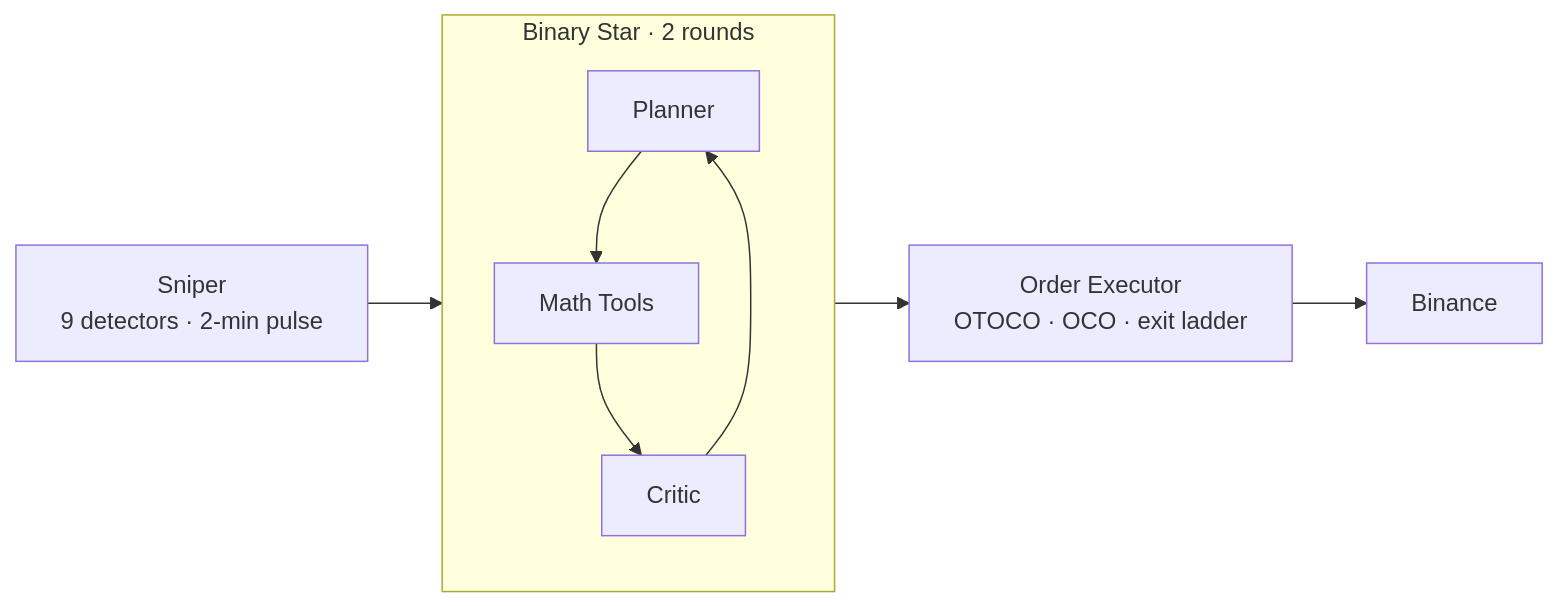
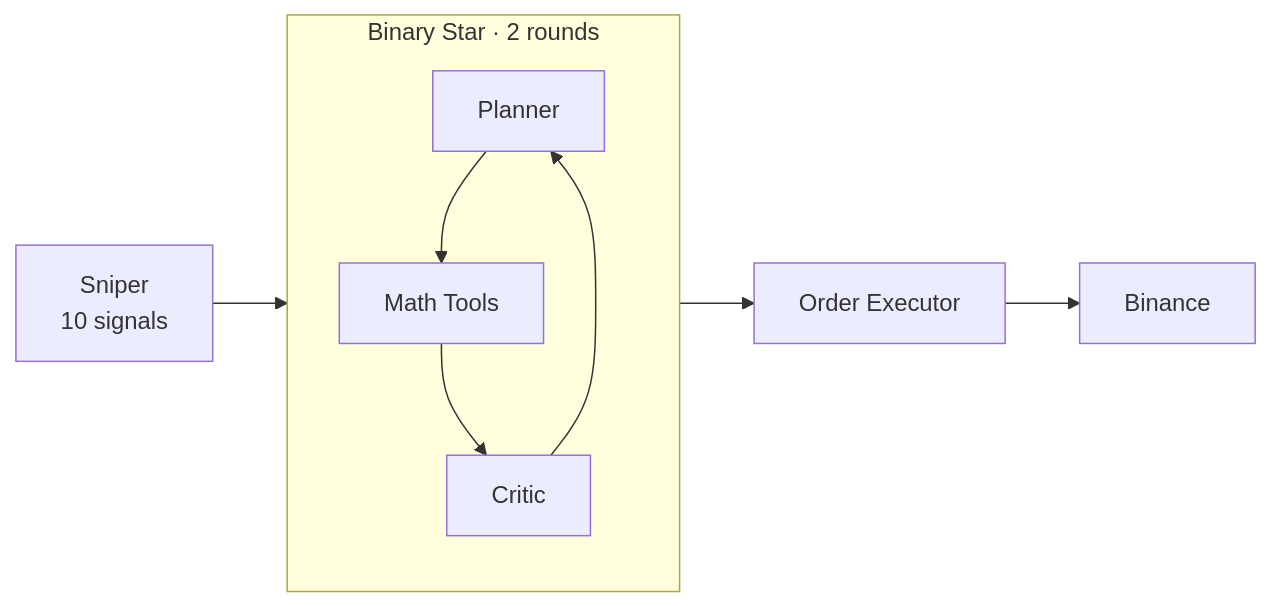
The second of 3 diagrams in README.md (jiangyang5157/binary-star), drawn with Mermaid before and after one commit. The commit also changed other lines of this file and 1 other file, not shown here.

Commit message:
refactor: update order management documentation and checklist to reflect breakeven logic improvements

````diff
--- a/README.md
+++ b/README.md
@@ -54,15 +50,15 @@
 ```mermaid
 graph LR
     subgraph Debate["Binary Star · 2 rounds"]
         Planner["Planner"]
         Critic["Critic"]
         Math["Math Tools"]
         Planner --> Math
         Math --> Critic
         Critic --> Planner
     end
 
-    Sniper["Sniper<br/>9 detectors · 2-min pulse"] --> Debate
-    Debate --> Executor["Order Executor<br/>OTOCO · OCO · exit ladder"]
+    Sniper["Sniper<br/>10 signals"] --> Debate
+    Debate --> Executor["Order Executor"]
     Executor --> Binance["Binance"]
 ```
````
